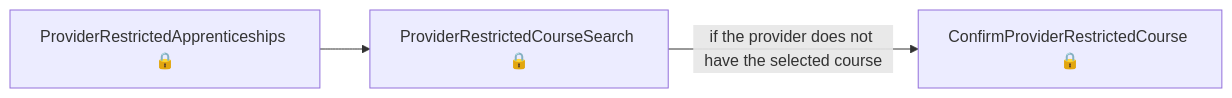
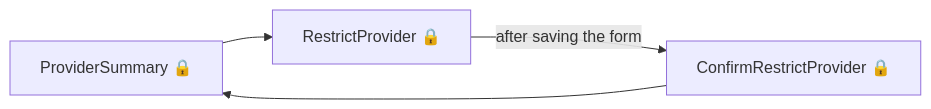
One commit to talentconsulting/atlas-dfe changed the ninth of 15 diagrams in das-admin-roatp-web/user-journeys/user-journeys.md. Above: the diagram before and after it, drawn with Mermaid. The commit also changed other lines of this file and 36 other files, not shown here.

````diff
--- a/das-admin-roatp-web/user-journeys/user-journeys.md
+++ b/das-admin-roatp-web/user-journeys/user-journeys.md
@@ -131,5 +117,6 @@
 ```mermaid
 flowchart LR
-  p0["ProviderRestrictedApprenticeships 🔒"] --> p1["ProviderRestrictedCourseSearch 🔒"]
-  p1["ProviderRestrictedCourseSearch 🔒"] -->|"if the provider does not have the selected course"| p2["ConfirmProviderRestrictedCourse 🔒"]
+  p0["ProviderSummary 🔒"] --> p1["RestrictProvider 🔒"]
+  p1["RestrictProvider 🔒"] -->|"after saving the form"| p2["ConfirmRestrictProvider 🔒"]
+  p2["ConfirmRestrictProvider 🔒"] --> p0["ProviderSummary 🔒"]
 ```
````
